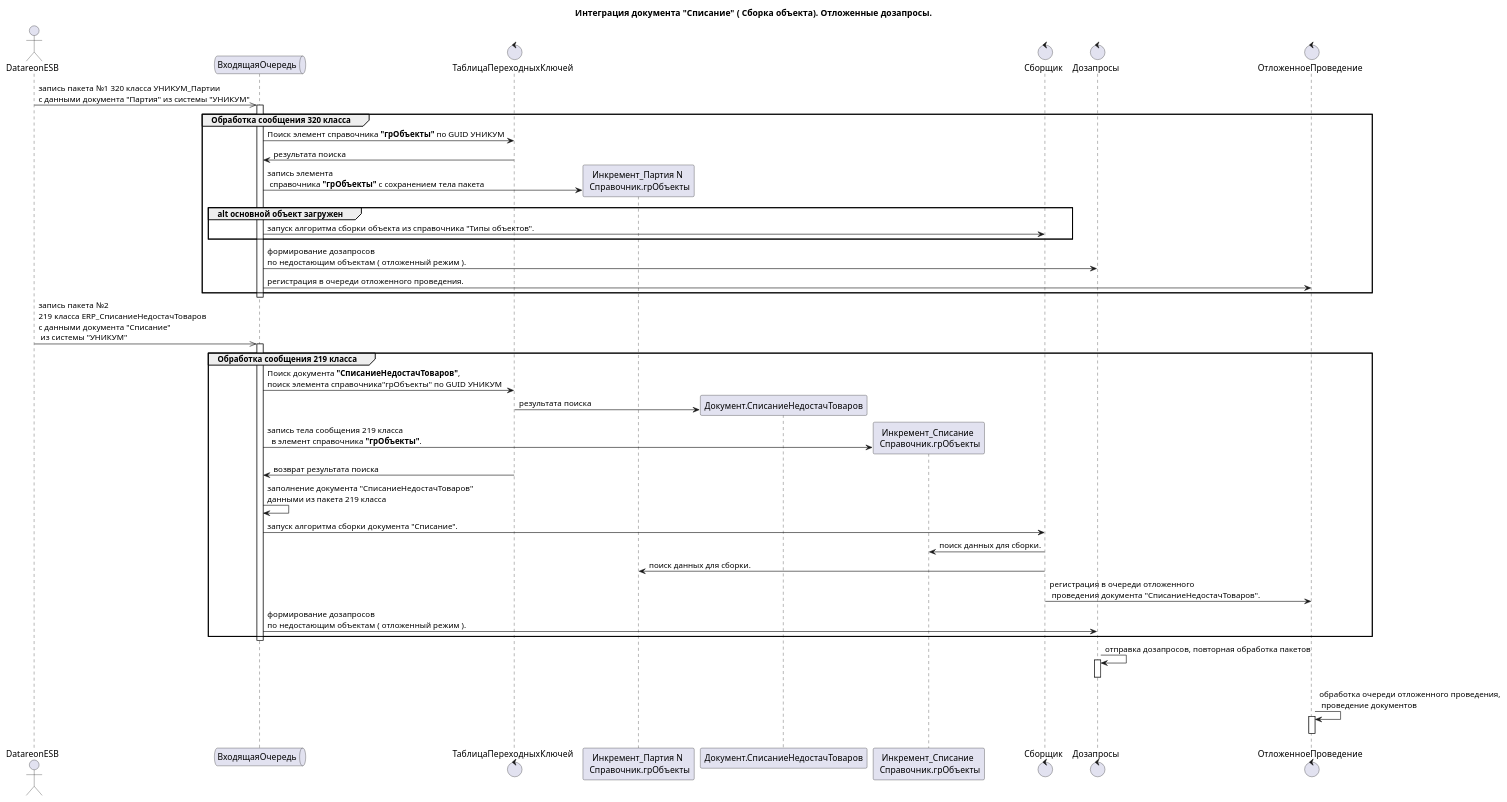
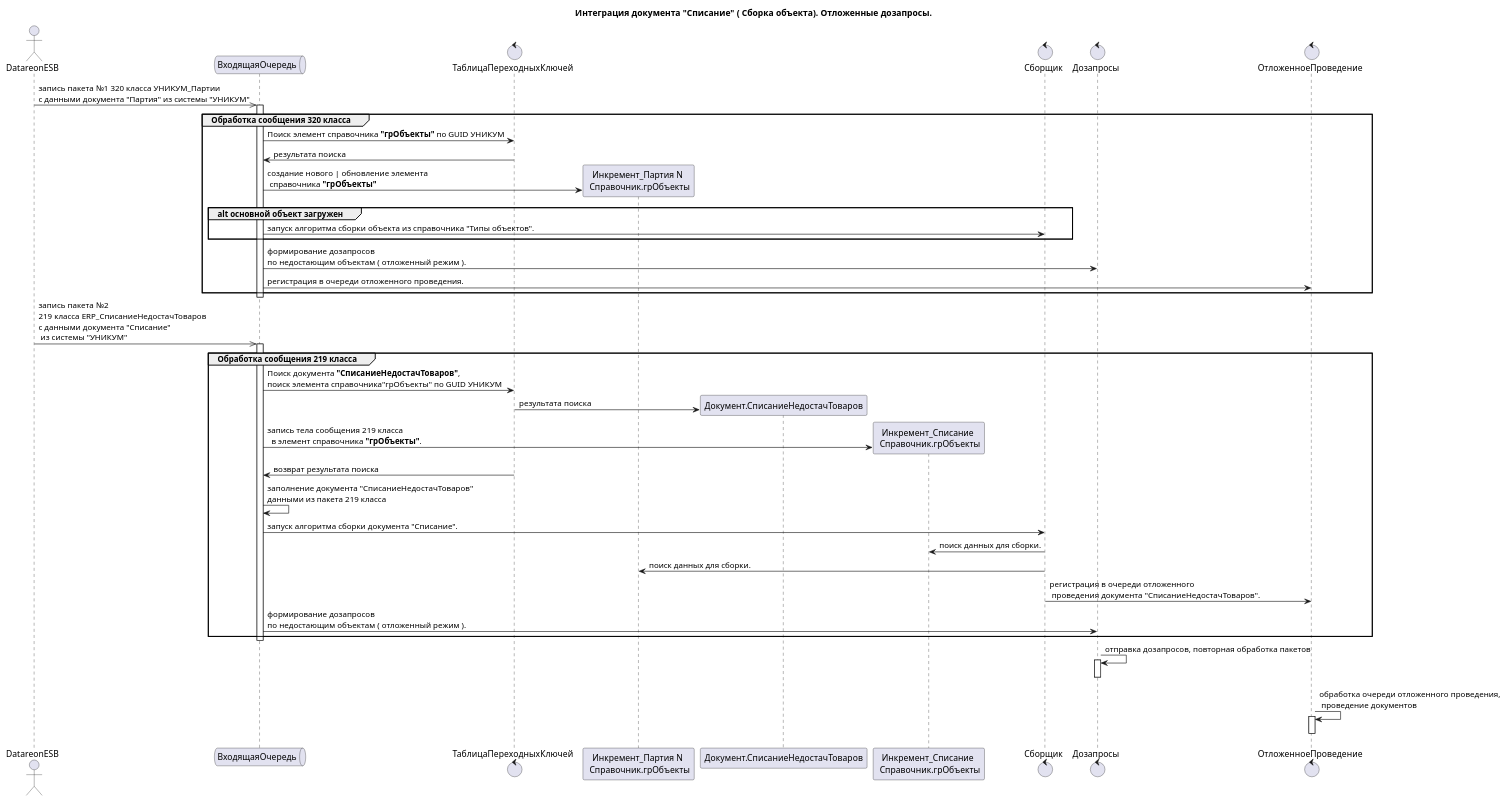
The diagram in integration/description/sheme_collector_adrequest_deferred.wsd (ekurpyaev/rules_md), drawn with PlantUML before and after one commit.

```diff
--- a/integration/description/sheme_collector_adrequest_deferred.wsd
+++ b/integration/description/sheme_collector_adrequest_deferred.wsd
@@ -2,75 +2,75 @@
 @startuml integration
 
 title Интеграция документа "Списание" ( Сборка объекта). Отложенные дозапросы.
 
 actor      DatareonESB order 10
 queue      ВходящаяОчередь order 20
 Control    ТаблицаПереходныхКлючей order 30
 Control    Сборщик order 40
 Control    Дозапросы order 50
 Control    ОтложенноеПроведение order 60
 
 
 DatareonESB ->> ВходящаяОчередь : запись пакета №1 320 класса УНИКУМ_Партии\nс данными документа "Партия" из системы "УНИКУМ" 
 activate ВходящаяОчередь
 
 group Обработка cообщения 320 класса
 
     ВходящаяОчередь -> ТаблицаПереходныхКлючей : Поиск элемент справочника **"грОбъекты"** по GUID УНИКУМ
     
     ТаблицаПереходныхКлючей -> ВходящаяОчередь : результата поиска
 
     create "Инкремент_Партия N \n Справочник.грОбъекты" order 39
-    ВходящаяОчередь -> "Инкремент_Партия N \n Справочник.грОбъекты" : запись элемента\n справочника **"грОбъекты"** с сохранением тела пакета
+    ВходящаяОчередь -> "Инкремент_Партия N \n Справочник.грОбъекты" : создание нового | обновление элемента \n справочника **"грОбъекты"**
 
     group alt основной объект загружен    
          ВходящаяОчередь -> Сборщик : запуск алгоритма сборки объекта из справочника "Типы объектов".
     end
    
 
     ВходящаяОчередь -> Дозапросы : формирование дозапросов\nпо недостающим объектам ( отложенный режим ).
 
     ВходящаяОчередь -> ОтложенноеПроведение : регистрация в очереди отложенного проведения.
 
 end
 deactivate ВходящаяОчередь
 
 
 DatareonESB ->> ВходящаяОчередь : запись пакета №2 \n219 класса ERP_СписаниеНедостачТоваров\nс данными документа "Списание"\n из системы "УНИКУМ" 
 activate ВходящаяОчередь
 
 group Обработка cообщения 219 класса
 
     ВходящаяОчередь -> ТаблицаПереходныхКлючей : Поиск документа **"СписаниеНедостачТоваров"**,\nпоиск элемента справочника"грОбъекты" по GUID УНИКУМ
     
     create "Документ.СписаниеНедостачТоваров" order 39
     ТаблицаПереходныхКлючей -> "Документ.СписаниеНедостачТоваров" : результата поиска
 
     create "Инкремент_Списание \n Справочник.грОбъекты" order 39
     ВходящаяОчередь -> "Инкремент_Списание \n Справочник.грОбъекты" : запись тела сообщения 219 класса\n  в элемент справочника **"грОбъекты"**.
 
     ТаблицаПереходныхКлючей -> ВходящаяОчередь : возврат результата поиска
 
     ВходящаяОчередь -> ВходящаяОчередь :  заполнение документа "СписаниеНедостачТоваров"\nданными из пакета 219 класса
 
     ВходящаяОчередь -> Сборщик : запуск алгоритма сборки документа "Списание".
 
     Сборщик -> "Инкремент_Списание \n Справочник.грОбъекты": поиск данных для сборки.
     Сборщик -> "Инкремент_Партия N \n Справочник.грОбъекты" : поиск данных для сборки.
     Сборщик -> ОтложенноеПроведение : регистрация в очереди отложенного\n проведения документа "СписаниеНедостачТоваров".
 
     ВходящаяОчередь -> Дозапросы : формирование дозапросов\nпо недостающим объектам ( отложенный режим ).
 
 end
 deactivate ВходящаяОчередь
 
 
 Дозапросы -> Дозапросы : отправка дозапросов, повторная обработка пакетов
 activate Дозапросы
 deactivate Дозапросы
 
 ОтложенноеПроведение -> ОтложенноеПроведение : обработка очереди отложенного проведения,\n проведение документов
 activate ОтложенноеПроведение
 deactivate ОтложенноеПроведение
 
 @enduml
```
